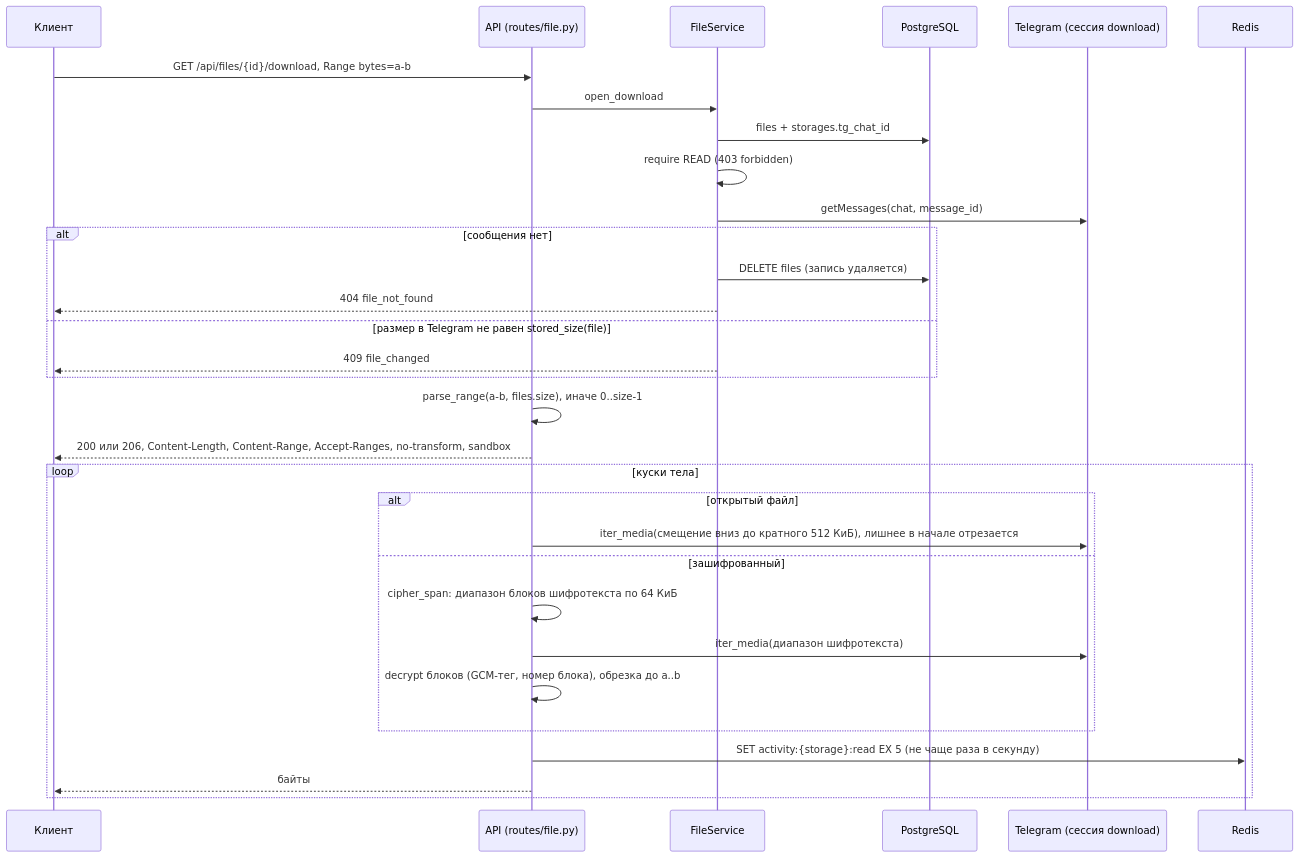
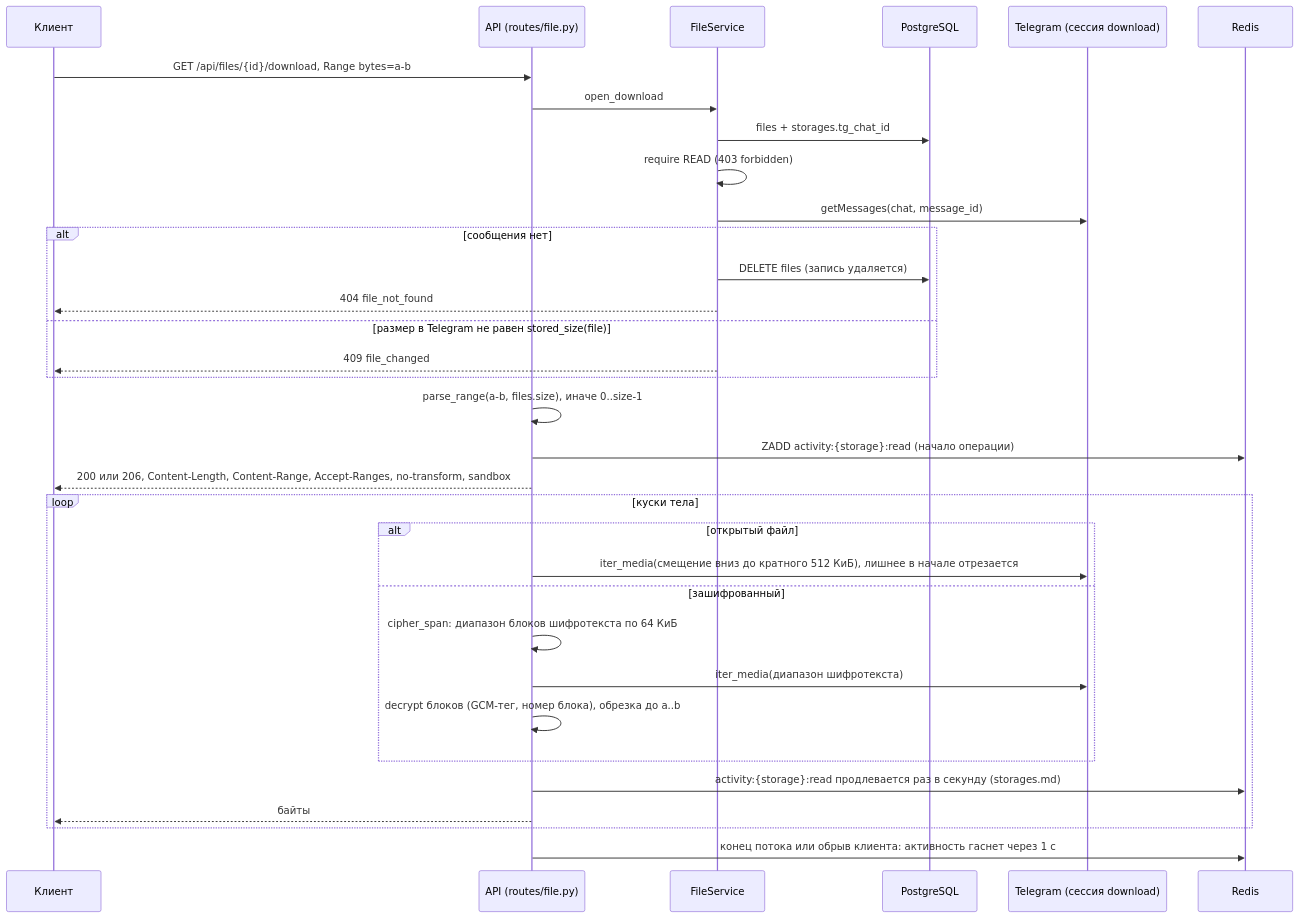
The second of 2 diagrams in docs/flows/folders-and-files.md (NikitkaZXC/tcloud-backend), drawn with Mermaid before and after one commit. The commit also changed other lines of this file and 11 other files, not shown here.

Commit message:
fix: read/write activity follows each running operation and ends 1 s after it, disconnects included

````diff
--- a/docs/flows/folders-and-files.md
+++ b/docs/flows/folders-and-files.md
@@ -208,33 +208,35 @@
 ```mermaid
 sequenceDiagram
     participant C as Клиент
     participant A as API (routes/file.py)
     participant F as FileService
     participant DB as PostgreSQL
     participant TG as Telegram (сессия download)
     participant R as Redis
     C->>A: GET /api/files/{id}/download, Range bytes=a-b
     A->>F: open_download
     F->>DB: files + storages.tg_chat_id
     F->>F: require READ (403 forbidden)
     F->>TG: getMessages(chat, message_id)
     alt сообщения нет
         F->>DB: DELETE files (запись удаляется)
         F-->>C: 404 file_not_found
     else размер в Telegram не равен stored_size(file)
         F-->>C: 409 file_changed
     end
     A->>A: parse_range(a-b, files.size), иначе 0..size-1
+    A->>R: ZADD activity:{storage}:read (начало операции)
     A-->>C: 200 или 206, Content-Length, Content-Range, Accept-Ranges, no-transform, sandbox
     loop куски тела
         alt открытый файл
             A->>TG: iter_media(смещение вниз до кратного 512 КиБ), лишнее в начале отрезается
         else зашифрованный
             A->>A: cipher_span: диапазон блоков шифротекста по 64 КиБ
             A->>TG: iter_media(диапазон шифротекста)
             A->>A: decrypt блоков (GCM-тег, номер блока), обрезка до a..b
         end
-        A->>R: SET activity:{storage}:read EX 5 (не чаще раза в секунду)
+        A->>R: activity:{storage}:read продлевается раз в секунду (storages.md)
         A-->>C: байты
     end
+    A->>R: конец потока или обрыв клиента: активность гаснет через 1 с
 ```
````
